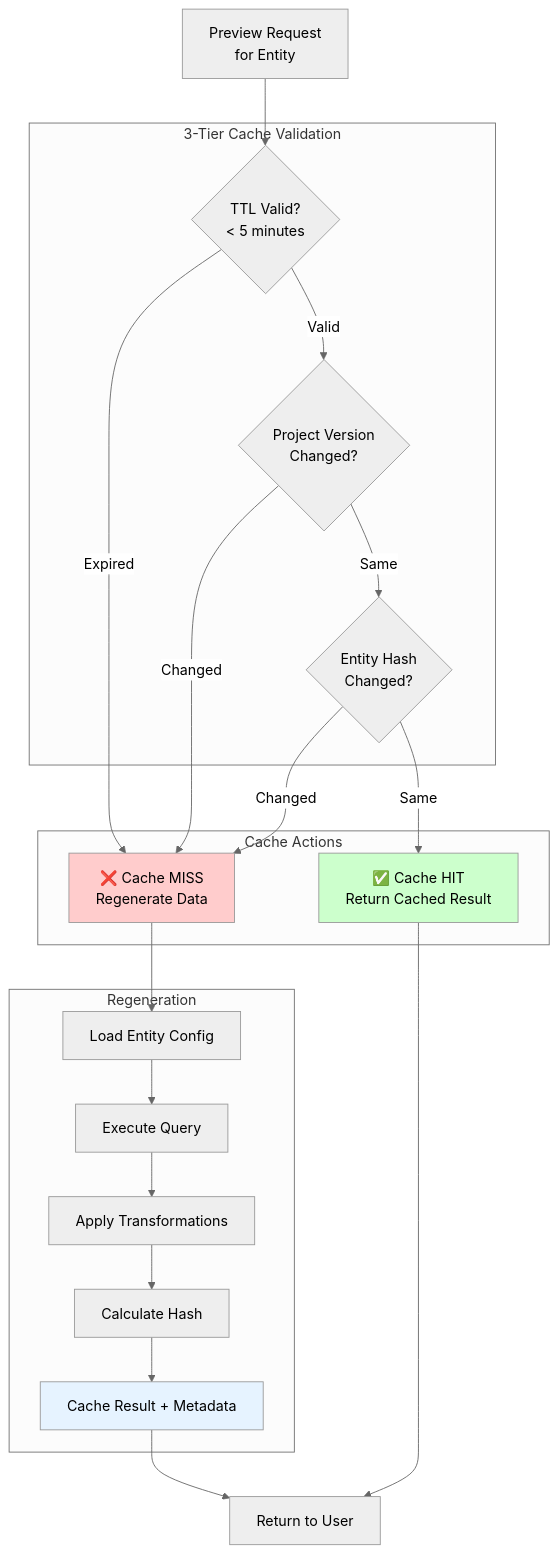
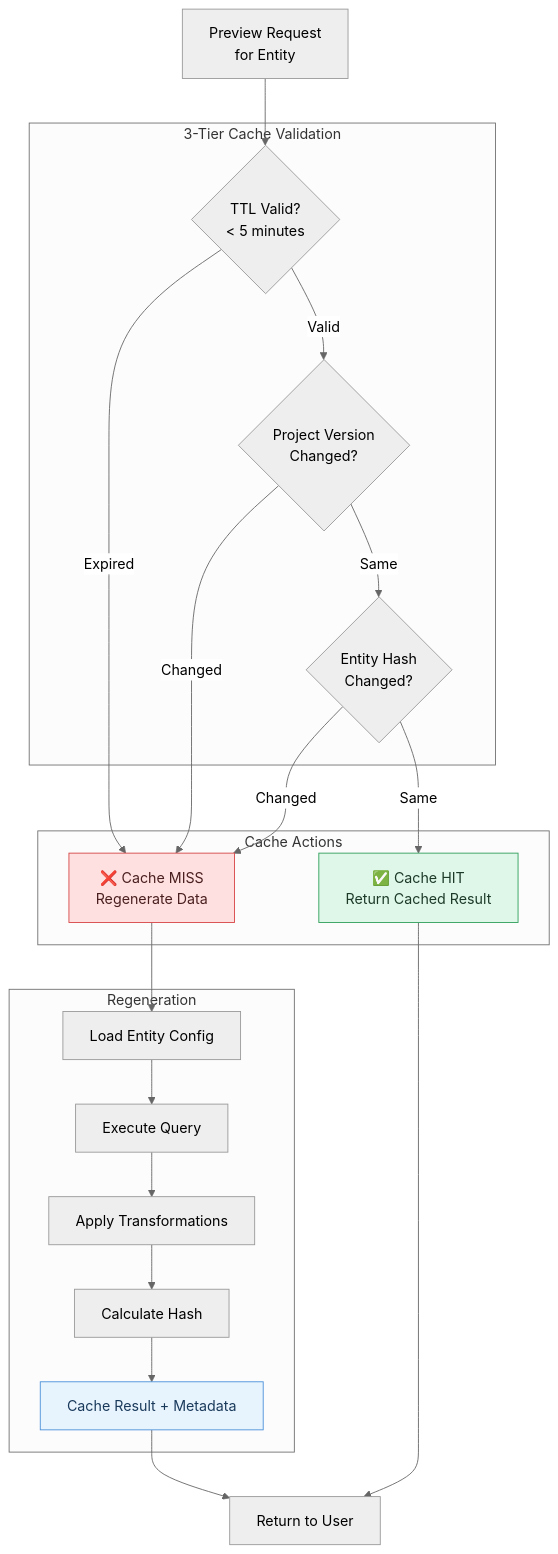
Before and after one commit to humlab-sead/sead_shape_shifter: the ninth of 26 diagrams in docs/DIAGRAMS.md, drawn with Mermaid (neutral theme). The commit also changed other lines of this file and 2 other files, not shown here.

````diff
--- a/docs/DIAGRAMS.md
+++ b/docs/DIAGRAMS.md
@@ -485,47 +490,51 @@
 ```mermaid
 flowchart TB
     REQ[Preview Request<br/>for Entity]
     
     subgraph "3-Tier Cache Validation"
         T1{TTL Valid?<br/>< 5 minutes}
         T2{Project Version<br/>Changed?}
         T3{Entity Hash<br/>Changed?}
     end
     
     subgraph "Cache Actions"
         HIT[✅ Cache HIT<br/>Return Cached Result]
         MISS[❌ Cache MISS<br/>Regenerate Data]
     end
     
     subgraph "Regeneration"
         G1[Load Entity Config]
         G2[Execute Query]
         G3[Apply Transformations]
         G4[Calculate Hash]
         G5[Cache Result + Metadata]
     end
     
     REQ --> T1
     
     T1 -->|Expired| MISS
     T1 -->|Valid| T2
     
     T2 -->|Changed| MISS
     T2 -->|Same| T3
     
     T3 -->|Changed| MISS
     T3 -->|Same| HIT
     
     MISS --> G1
     G1 --> G2
     G2 --> G3
     G3 --> G4
     G4 --> G5
     
     HIT --> RET[Return to User]
     G5 --> RET
-    
-    style HIT fill:#ccffcc
-    style MISS fill:#ffcccc
-    style G5 fill:#e6f3ff
+
+    classDef hit fill:#dff7e8,stroke:#2e9f5b,color:#1d3a29;
+    classDef miss fill:#ffe0e0,stroke:#d64545,color:#4a1f1f;
+    classDef cached fill:#e8f4fd,stroke:#4a90d9,color:#1a3a5c;
+
+    class HIT hit;
+    class MISS miss;
+    class G5 cached;
 ```
````
